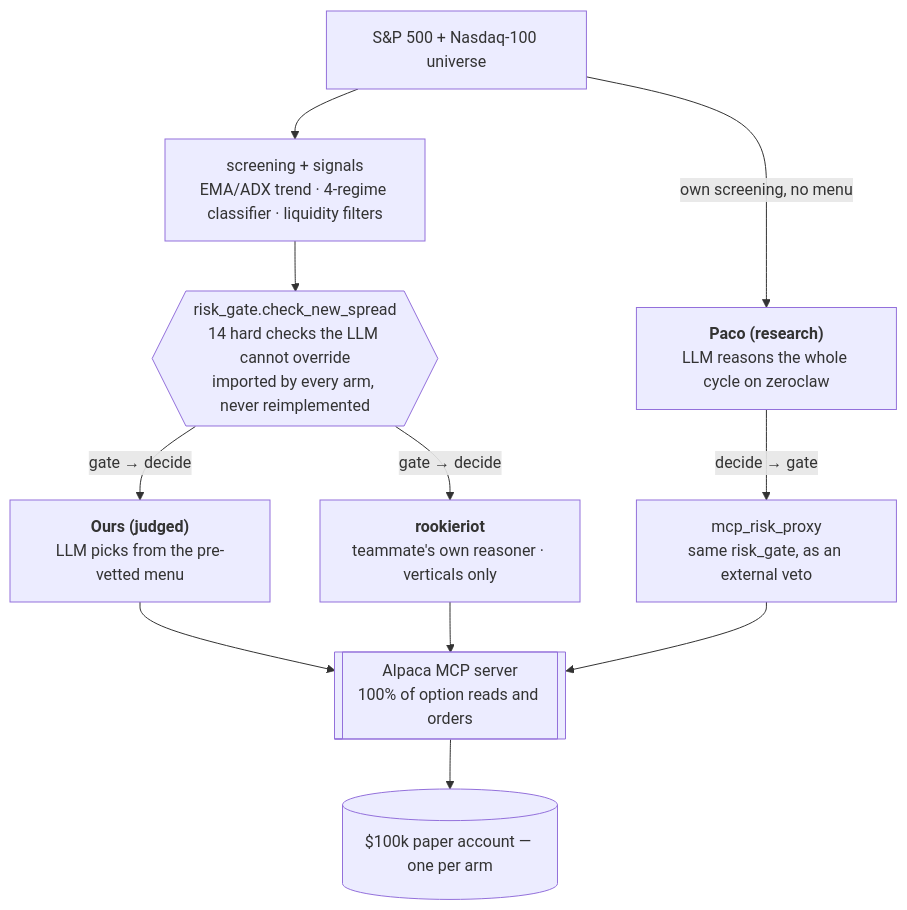
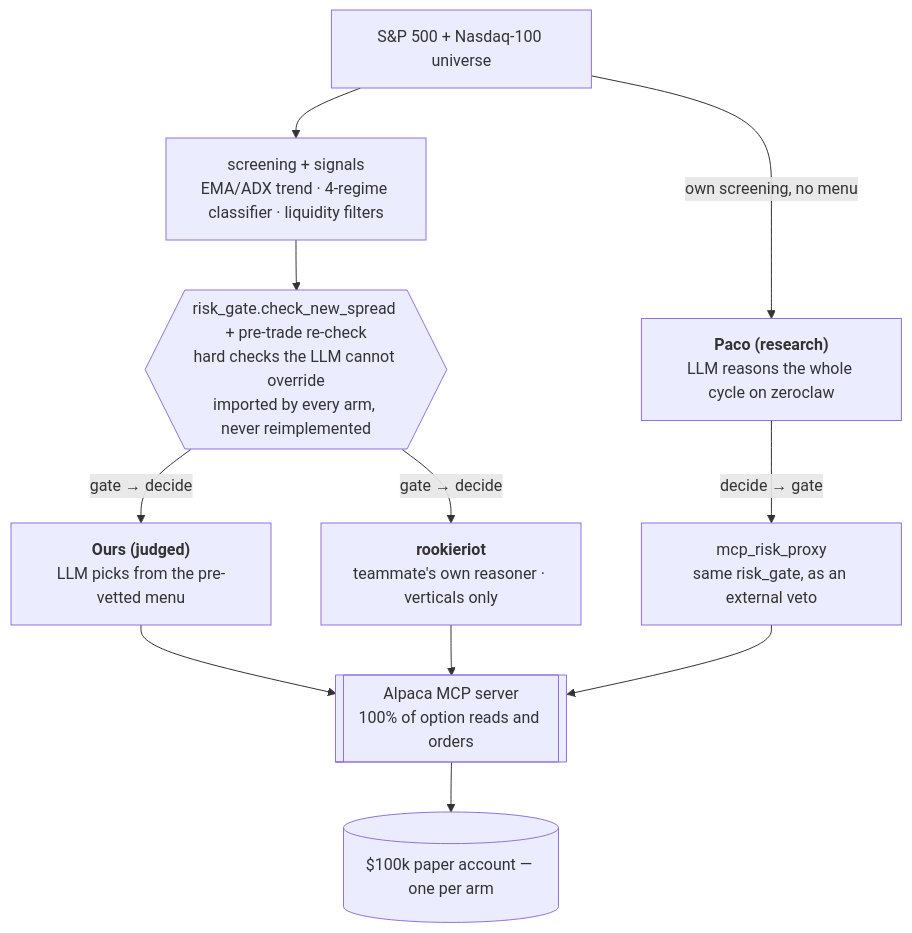
Before and after one commit to Alejdro83/alpaca-options-agent: the diagram in README.md, drawn with Mermaid. The commit also changed 2 other files, not shown here.

Commit message:
docs: correct the risk-gate check count (was "14", check_new_spread has 8)
risk_gate.check_new_spread raises 8 distinct rejection reasons; "14 hard
checks" over-attributed to it. Changed to "a dozen-plus hard checks the
LLM cannot override" (honest for the full deterministic pre-trade layer:
risk_gate + credit-to-width floors + re-entry cooldown + fresh-quote /
buying-power re-checks + force-close). Fixed in the ONE_PAGER at-a-glance,
the README diagram, and PITCH_VIDEO_SCRIPT.

Claude-Session: https://claude.ai/code/session_014Er5jGqVfWKSUJqt363PQt

````diff
--- a/README.md
+++ b/README.md
@@ -37,13 +37,13 @@
 ```mermaid
 flowchart TD
     U["S&P 500 + Nasdaq-100 universe"] --> S["screening + signals<br>EMA/ADX trend · 4-regime classifier · liquidity filters"]
-    S --> G{{"risk_gate.check_new_spread<br>14 hard checks the LLM cannot override<br>imported by every arm, never reimplemented"}}
+    S --> G{{"risk_gate.check_new_spread + pre-trade re-check<br>hard checks the LLM cannot override<br>imported by every arm, never reimplemented"}}
     G -->|"gate → decide"| O["<b>Ours (judged)</b><br>LLM picks from the pre-vetted menu"]
     G -->|"gate → decide"| R["<b>rookieriot</b><br>teammate's own reasoner · verticals only"]
     U -->|"own screening, no menu"| K["<b>Paco (research)</b><br>LLM reasons the whole cycle on zeroclaw"]
     K -->|"decide → gate"| PX["mcp_risk_proxy<br>same risk_gate, as an external veto"]
     O --> M[["Alpaca MCP server<br>100% of option reads and orders"]]
     R --> M
     PX --> M
     M --> BR[("$100k paper account — one per arm")]
 ```
````
